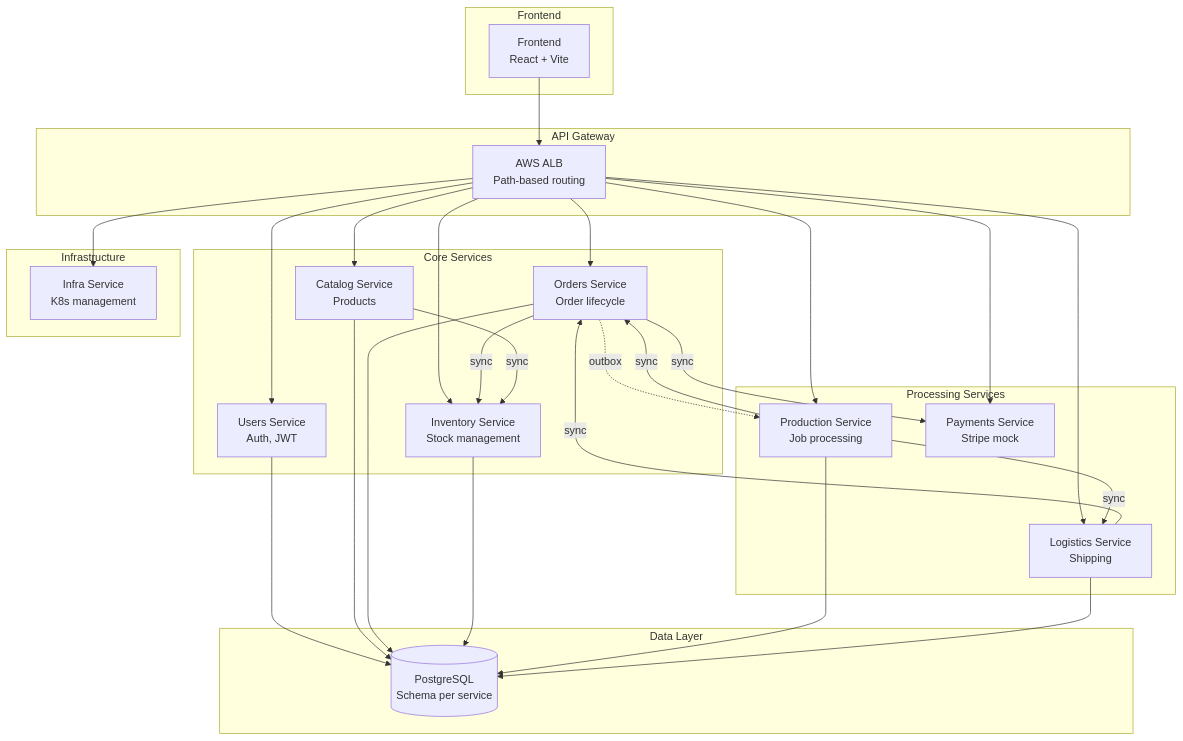
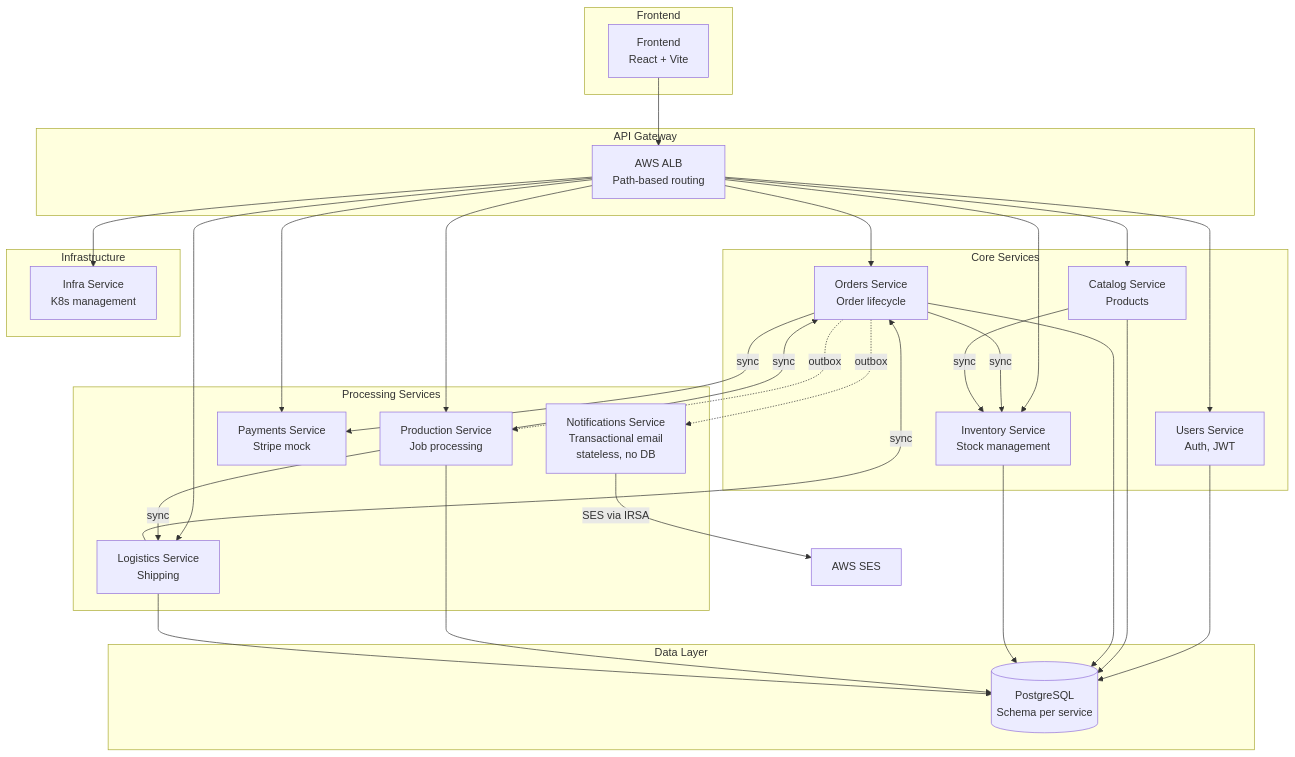
Before and after one commit to PolovinaD/posters-shop: the first of 8 diagrams in docs/ARCHITECTURE.md, drawn with Mermaid. The commit also changed other lines of this file and 12 other files, not shown here.

First line of the commit message:
docs(260718-u6s): repo docs sweep for the notifications service

````diff
--- a/docs/ARCHITECTURE.md
+++ b/docs/ARCHITECTURE.md
@@ -11,56 +11,59 @@
 ```mermaid
 graph TB
     subgraph "Frontend"
         FE[Frontend<br/>React + Vite]
     end
     
     subgraph "API Gateway"
         ALB[AWS ALB<br/>Path-based routing]
     end
     
     subgraph "Core Services"
         USERS[Users Service<br/>Auth, JWT]
         CATALOG[Catalog Service<br/>Products]
         ORDERS[Orders Service<br/>Order lifecycle]
         INVENTORY[Inventory Service<br/>Stock management]
     end
     
     subgraph "Processing Services"
         PRODUCTION[Production Service<br/>Job processing]
         LOGISTICS[Logistics Service<br/>Shipping]
         PAYMENTS[Payments Service<br/>Stripe mock]
+        NOTIFICATIONS[Notifications Service<br/>Transactional email<br/>stateless, no DB]
     end
     
     subgraph "Infrastructure"
         INFRA[Infra Service<br/>K8s management]
     end
     
     subgraph "Data Layer"
         PG[(PostgreSQL<br/>Schema per service)]
     end
     
     FE --> ALB
     ALB --> USERS
     ALB --> CATALOG
     ALB --> ORDERS
     ALB --> INVENTORY
     ALB --> PRODUCTION
     ALB --> LOGISTICS
     ALB --> PAYMENTS
     ALB --> INFRA
     
     ORDERS -->|sync| INVENTORY
     ORDERS -->|sync| PAYMENTS
     ORDERS -.->|outbox| PRODUCTION
+    ORDERS -.->|outbox| NOTIFICATIONS
+    NOTIFICATIONS -->|SES via IRSA| SES[AWS SES]
     PRODUCTION -->|sync| ORDERS
     PRODUCTION -->|sync| LOGISTICS
     LOGISTICS -->|sync| ORDERS
     CATALOG -->|sync| INVENTORY
     
     USERS --> PG
     CATALOG --> PG
     ORDERS --> PG
     INVENTORY --> PG
     PRODUCTION --> PG
     LOGISTICS --> PG
 ```
````
